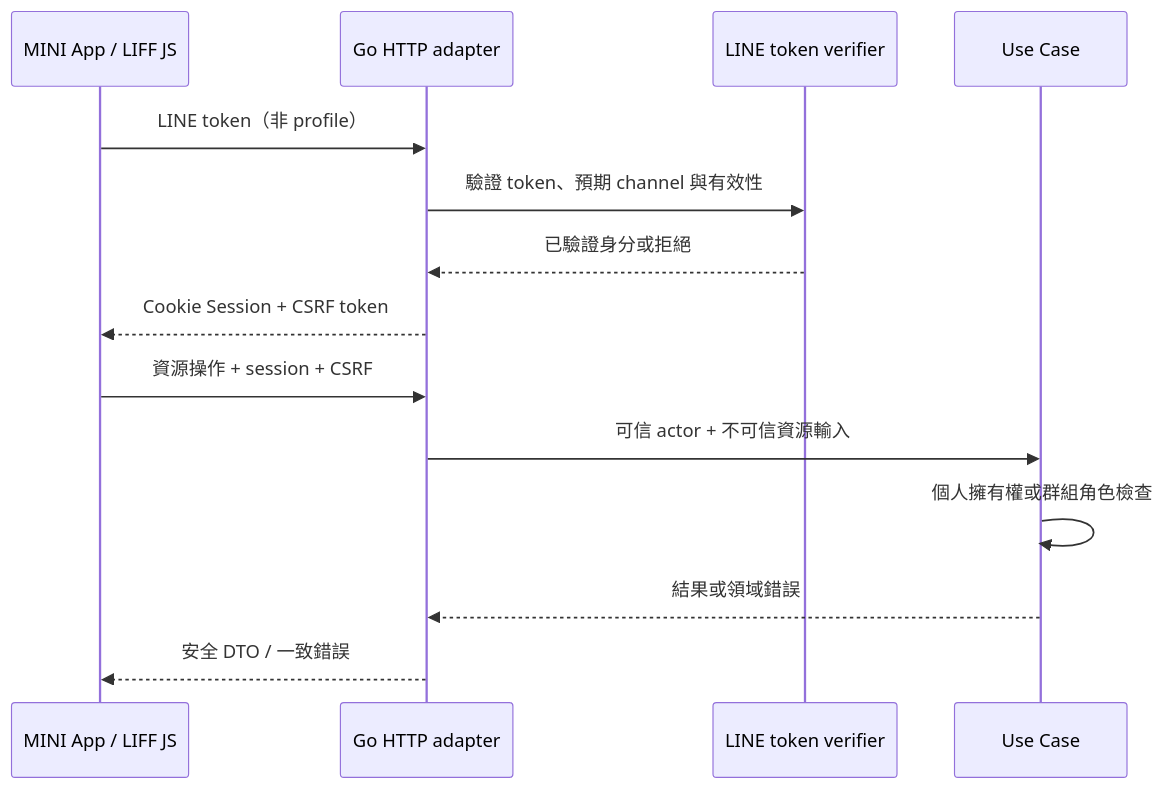
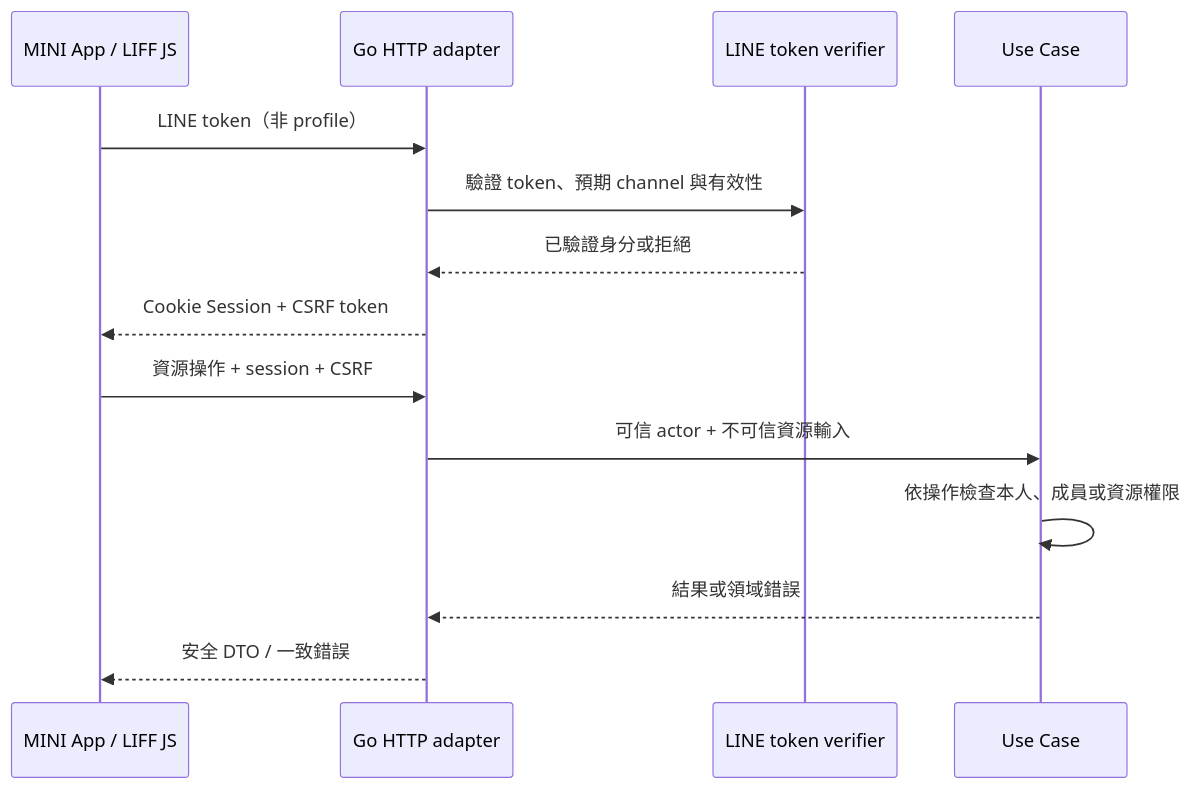
The second of 2 diagrams in docs/foundation/api/http-contracts.md (963sup/line-mini-app-bot), drawn with Mermaid before and after one commit. The commit also changed other lines of this file and 17 other files, not shown here.

Commit message:
docs: align architecture and webhook guidance with current implementation

````diff
--- a/docs/foundation/api/http-contracts.md
+++ b/docs/foundation/api/http-contracts.md
@@ -35,16 +33,16 @@
 ```mermaid
 sequenceDiagram
   participant B as MINI App / LIFF JS
   participant H as Go HTTP adapter
   participant L as LINE token verifier
   participant U as Use Case
   B->>H: LINE token（非 profile）
   H->>L: 驗證 token、預期 channel 與有效性
   L-->>H: 已驗證身分或拒絕
   H-->>B: Cookie Session + CSRF token
   B->>H: 資源操作 + session + CSRF
   H->>U: 可信 actor + 不可信資源輸入
-  U->>U: 個人擁有權或群組角色檢查
+  U->>U: 依操作檢查本人、成員或資源權限
   U-->>H: 結果或領域錯誤
   H-->>B: 安全 DTO / 一致錯誤
 ```
````
